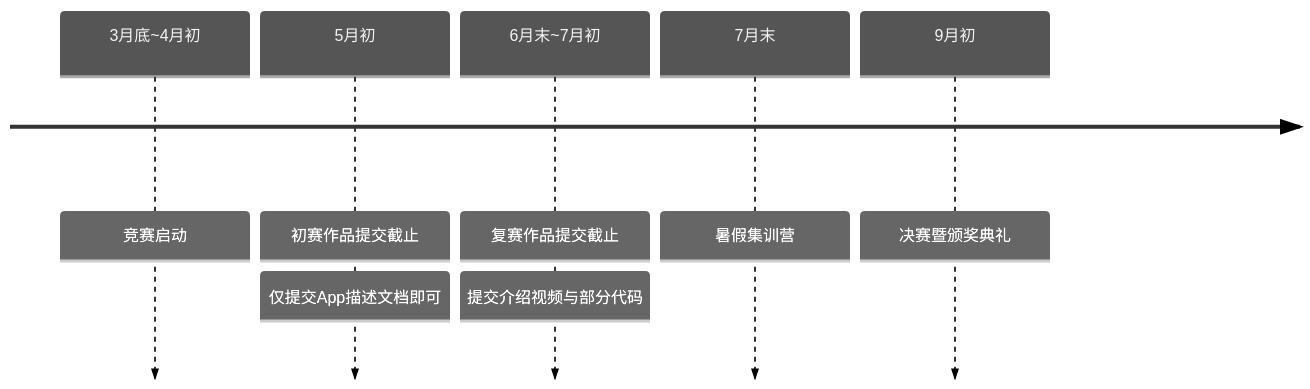
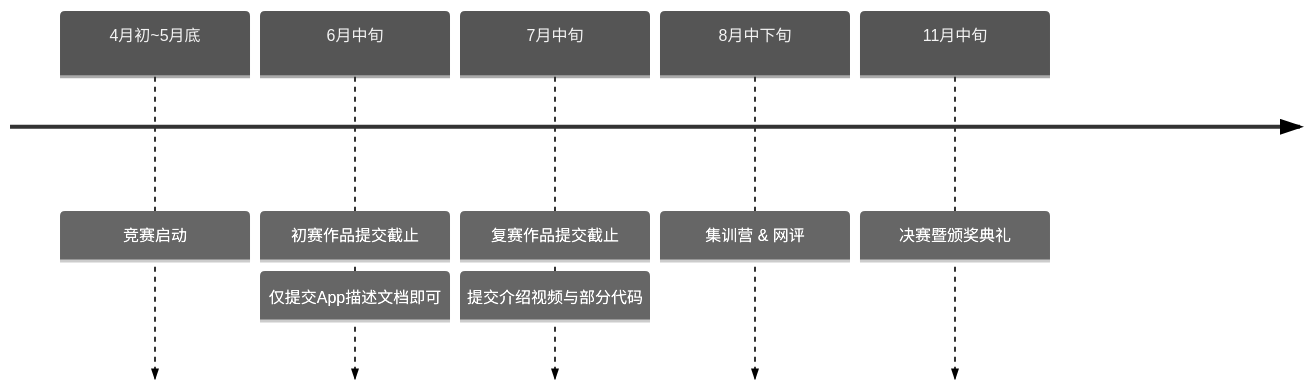
The diagram in docs/competitions/maic/index.md (Doers-Dreamers-iOS-Club/JLUiOSClub_Web), drawn with Mermaid before and after one commit. The commit also changed other lines of this file and 1 other file, not shown here.

````diff
--- a/docs/competitions/maic/index.md
+++ b/docs/competitions/maic/index.md
@@ -52,11 +63,11 @@
 ```mermaid
 %%{init: { 'theme': 'neutral', 'timeline': {'disableMulticolor': true}}}%%
 timeline
-    3月底~4月初 : 竞赛启动
-    5月初 : 初赛作品提交截止
+    4月初~5月底 : 竞赛启动
+    6月中旬 : 初赛作品提交截止
         : 仅提交App描述文档即可
-    6月末~7月初 : 复赛作品提交截止
+    7月中旬 : 复赛作品提交截止
         : 提交介绍视频与部分代码
-    7月末 : 暑假集训营
-    9月初 : 决赛暨颁奖典礼
+    8月中下旬 : 集训营 & 网评
+    11月中旬 : 决赛暨颁奖典礼
 ```
````
